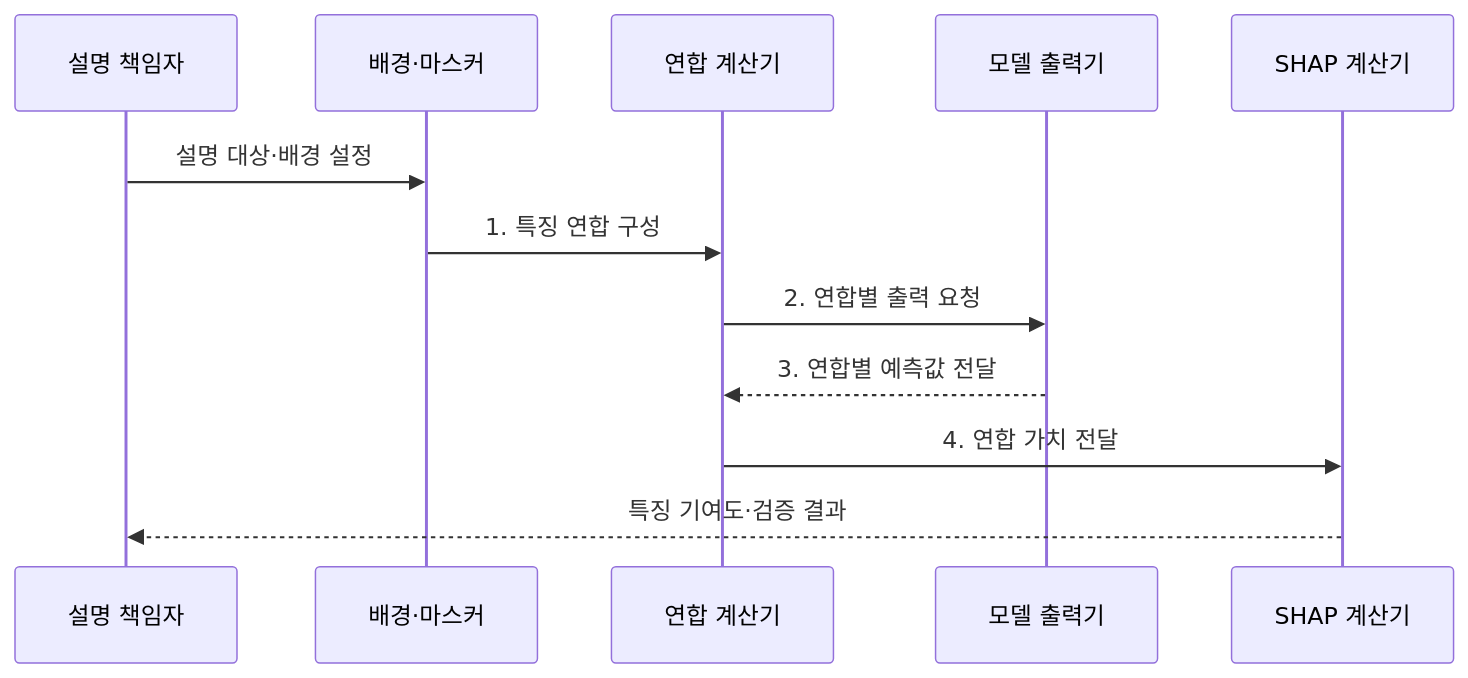
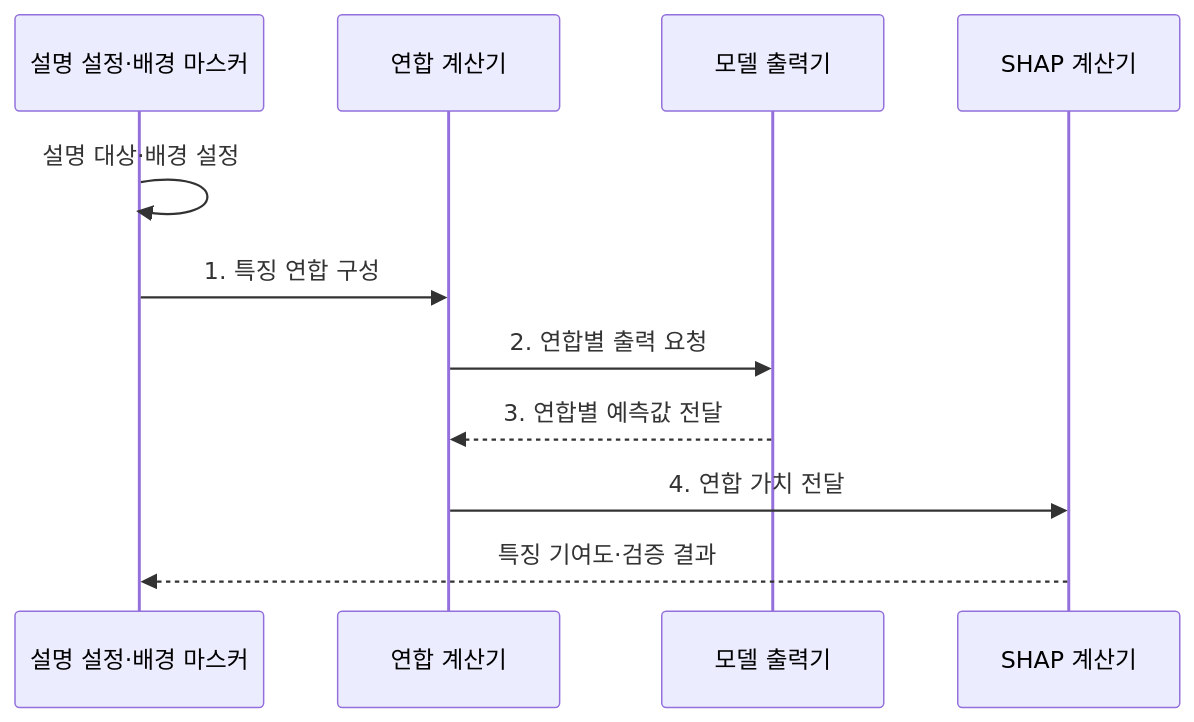
Before and after one commit to agnusdei1207/knowledge-base: the second of 2 diagrams in src/content/docs/notes/08-latest-tech/106_shap.md, drawn with Mermaid. The commit also changed 5 other files, not shown here.

Commit message:
Simplify explainability and privacy flows

````diff
--- a/src/content/docs/notes/08-latest-tech/106_shap.md
+++ b/src/content/docs/notes/08-latest-tech/106_shap.md
@@ -105,14 +105,13 @@
 ```mermaid
 sequenceDiagram
-    participant O as 설명 책임자
-    participant B as 배경·마스커
+    participant B as 설명 설정·배경 마스커
     participant C as 연합 계산기
     participant M as 모델 출력기
     participant S as SHAP 계산기
-    O->>B: 설명 대상·배경 설정
+    B->>B: 설명 대상·배경 설정
     B->>C: 1. 특징 연합 구성
     C->>M: 2. 연합별 출력 요청
     M-->>C: 3. 연합별 예측값 전달
     C->>S: 4. 연합 가치 전달
-    S-->>O: 특징 기여도·검증 결과
+    S-->>B: 특징 기여도·검증 결과
 ```
````
